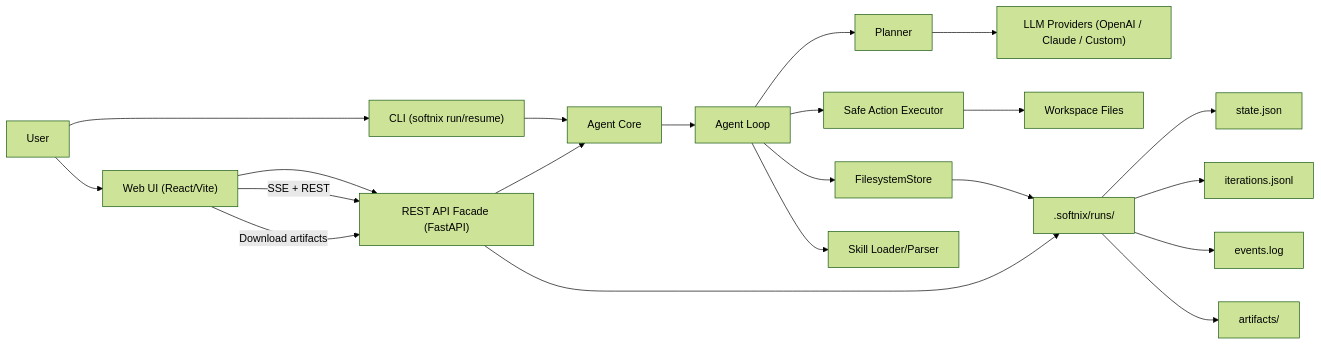
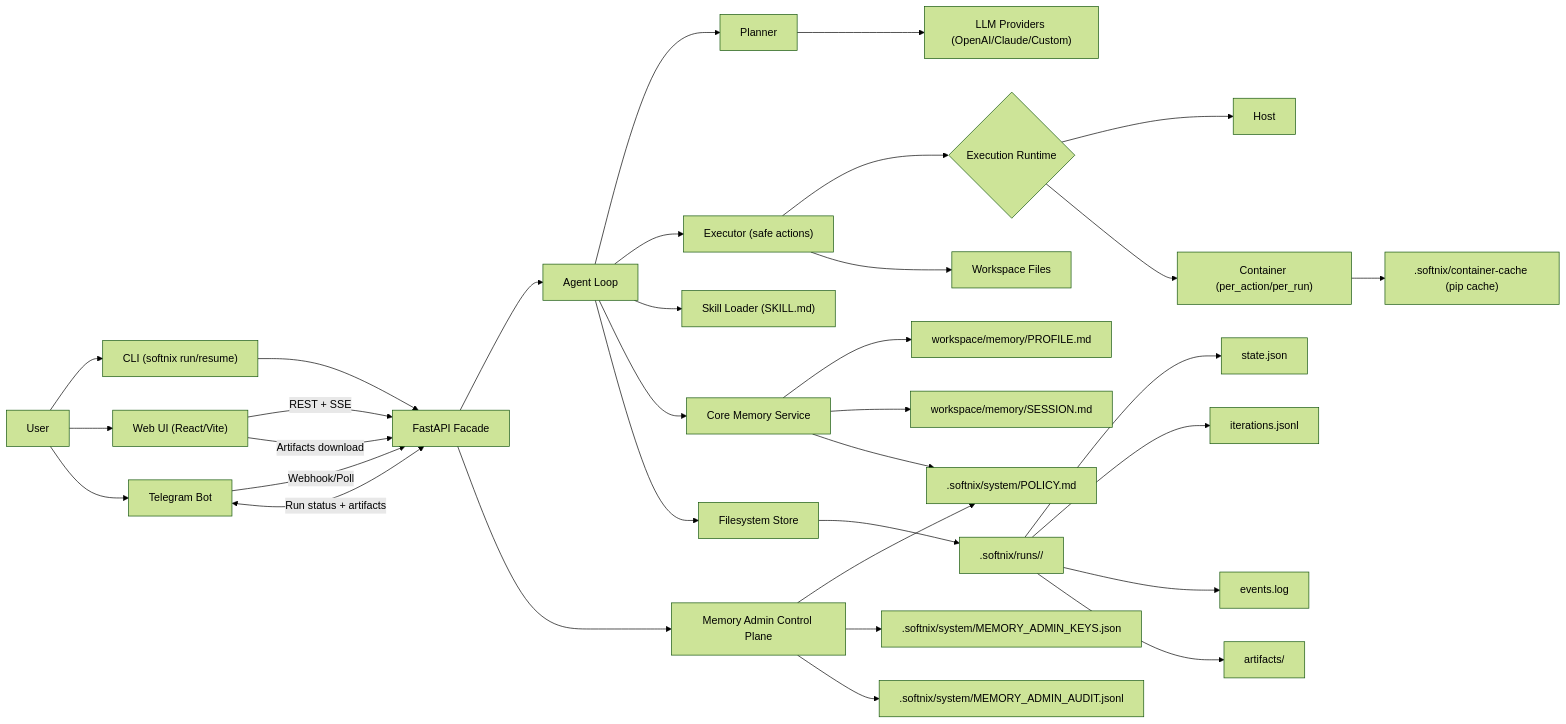
Before and after one commit to rujirapongsn2/Softnix-Agentic-Agent: the diagram in README.md, drawn with Mermaid (forest theme).

Commit message:
Update Architecture Diagram

````diff
--- a/README.md
+++ b/README.md
@@ -28,28 +28,41 @@
 ```mermaid
 flowchart LR
-    User["User"] --> CLI["CLI (softnix run/resume)"]
-    User --> WEB["Web UI (React/Vite)"]
+    USER["User"] --> CLI["CLI (softnix run/resume)"]
+    USER --> WEB["Web UI (React/Vite)"]
+    USER --> TG["Telegram Bot"]
 
-    WEB --> API["REST API Facade (FastAPI)"]
-    CLI --> CORE["Agent Core"]
-    API --> CORE
+    CLI --> API["FastAPI Facade"]
+    WEB -->|REST + SSE| API
+    TG -->|Webhook/Poll| API
 
-    CORE --> LOOP["Agent Loop"]
+    API --> LOOP["Agent Loop"]
     LOOP --> PLAN["Planner"]
-    LOOP --> EXEC["Safe Action Executor"]
-    LOOP --> STORE["FilesystemStore"]
-    LOOP --> SKILLS["Skill Loader/Parser"]
+    PLAN --> PROVIDERS["LLM Providers (OpenAI/Claude/Custom)"]
+    LOOP --> EXEC["Executor (safe actions)"]
+    LOOP --> SKILLS["Skill Loader (SKILL.md)"]
+    LOOP --> MEMORY["Core Memory Service"]
+    LOOP --> STORE["Filesystem Store"]
 
-    PLAN --> PROVIDERS["LLM Providers (OpenAI / Claude / Custom)"]
+    MEMORY --> PROFILE["workspace/memory/PROFILE.md"]
+    MEMORY --> SESSION["workspace/memory/SESSION.md"]
+    MEMORY --> POLICY[".softnix/system/POLICY.md"]
+    ADMIN["Memory Admin Control Plane"] --> POLICY
+    ADMIN --> ADMINKEYS[".softnix/system/MEMORY_ADMIN_KEYS.json"]
+    ADMIN --> AUDIT[".softnix/system/MEMORY_ADMIN_AUDIT.jsonl"]
+    API --> ADMIN
+
+    EXEC --> RUNTIME{"Execution Runtime"}
+    RUNTIME --> HOST["Host"]
+    RUNTIME --> CONTAINER["Container (per_action/per_run)"]
+    CONTAINER --> CACHE[".softnix/container-cache (pip cache)"]
     EXEC --> WORKSPACE["Workspace Files"]
-    STORE --> RUNS[".softnix/runs/<run_id>"]
 
+    STORE --> RUNS[".softnix/runs/<run_id>/"]
     RUNS --> STATE["state.json"]
     RUNS --> ITERS["iterations.jsonl"]
     RUNS --> EVENTS["events.log"]
     RUNS --> ARTIFACTS["artifacts/"]
 
-    API --> RUNS
-    WEB -->|SSE + REST| API
-    WEB -->|Download artifacts| API
+    TG <-->|Run status + artifacts| API
+    WEB -->|Artifacts download| API
 ```
````
